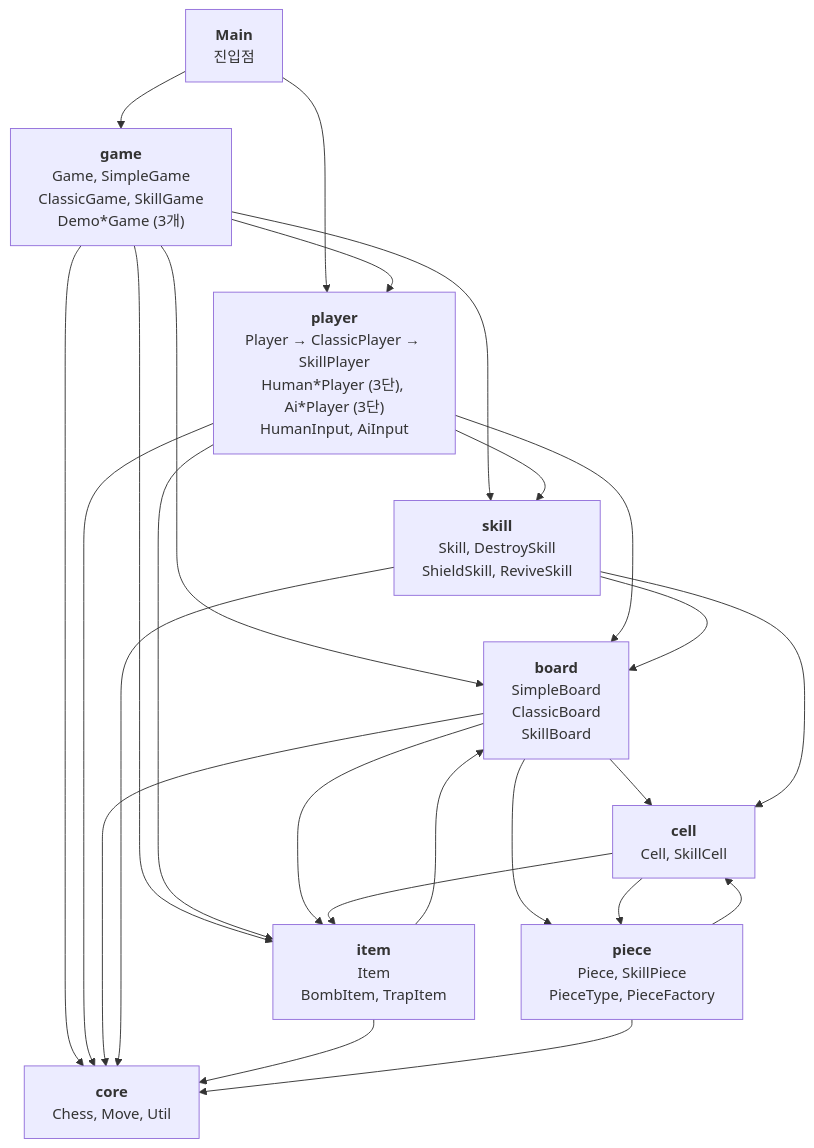
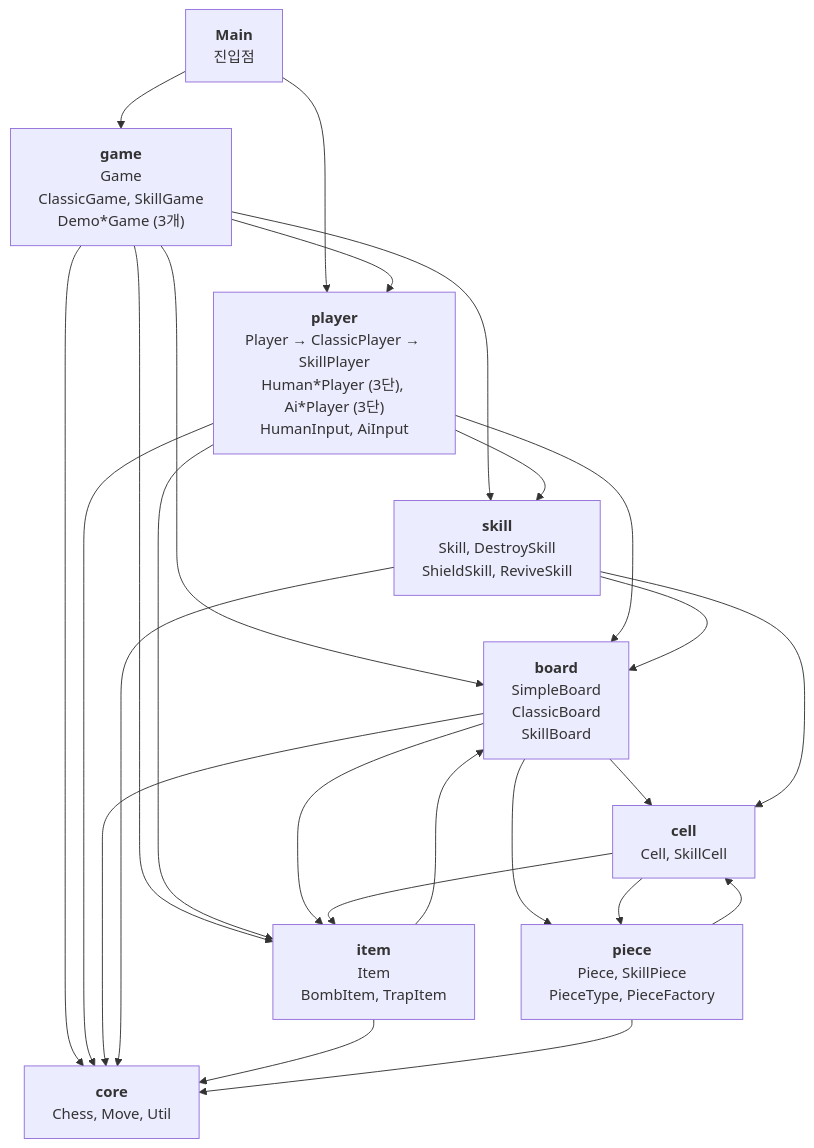
One commit to weweweme/teamnova_basic_class changed the fourth of 4 diagrams in week5/CLAUDE.md. Above: the diagram before and after it, drawn with Mermaid. The commit also changed other lines of this file and 5 other files, not shown here.

Commit message:
refactor: Game과 SimpleGame을 하나의 Game 클래스로 병합

````diff
--- a/week5/CLAUDE.md
+++ b/week5/CLAUDE.md
@@ -573,45 +570,45 @@
 ```mermaid
 graph TB
     Main["<b>Main</b><br/>진입점"]
-    game["<b>game</b><br/>Game, SimpleGame<br/>ClassicGame, SkillGame<br/>Demo*Game (3개)"]
+    game["<b>game</b><br/>Game<br/>ClassicGame, SkillGame<br/>Demo*Game (3개)"]
     player["<b>player</b><br/>Player → ClassicPlayer → SkillPlayer<br/>Human*Player (3단), Ai*Player (3단)<br/>HumanInput, AiInput"]
     board["<b>board</b><br/>SimpleBoard<br/>ClassicBoard<br/>SkillBoard"]
     piece["<b>piece</b><br/>Piece, SkillPiece<br/>PieceType, PieceFactory"]
     cell["<b>cell</b><br/>Cell, SkillCell"]
     skill["<b>skill</b><br/>Skill, DestroySkill<br/>ShieldSkill, ReviveSkill"]
     item["<b>item</b><br/>Item<br/>BombItem, TrapItem"]
     core["<b>core</b><br/>Chess, Move, Util"]
 
     Main --> game
     Main --> player
 
     game --> board
     game --> player
     game --> skill
     game --> item
 
     player --> board
     player --> skill
     player --> item
 
     board --> cell
     board --> piece
     board --> item
 
     skill --> board
     skill --> cell
 
     item --> board
 
     piece --> cell
 
     cell --> piece
     cell --> item
 
     game --> core
     player --> core
     board --> core
     skill --> core
     item --> core
     piece --> core
 ```
````
